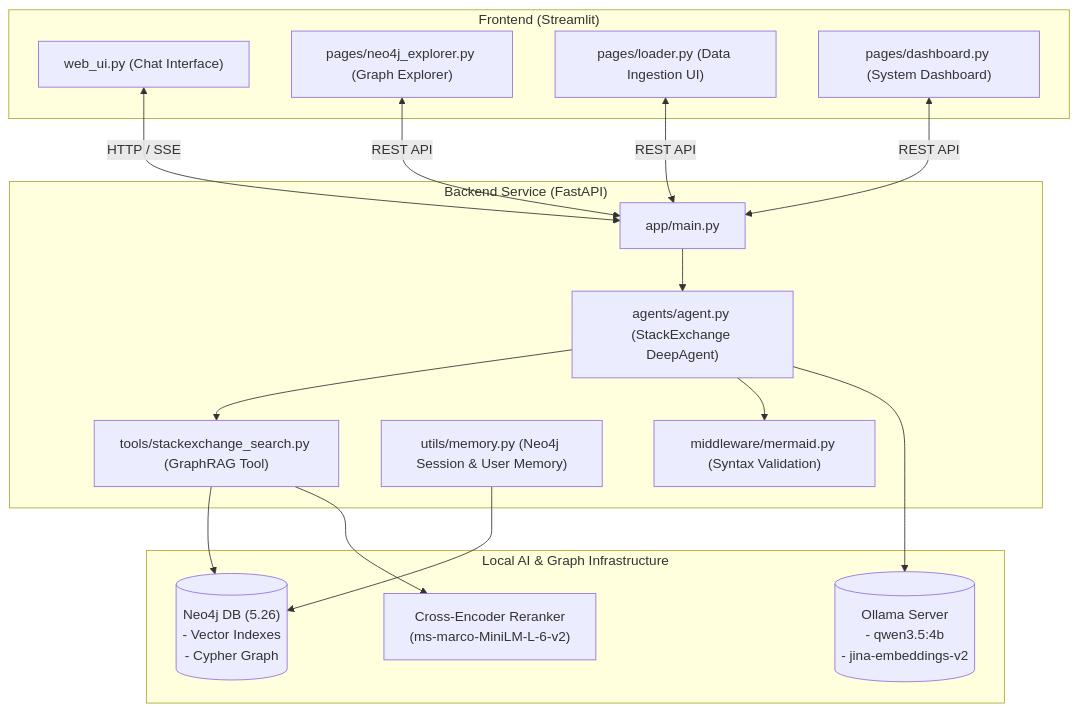
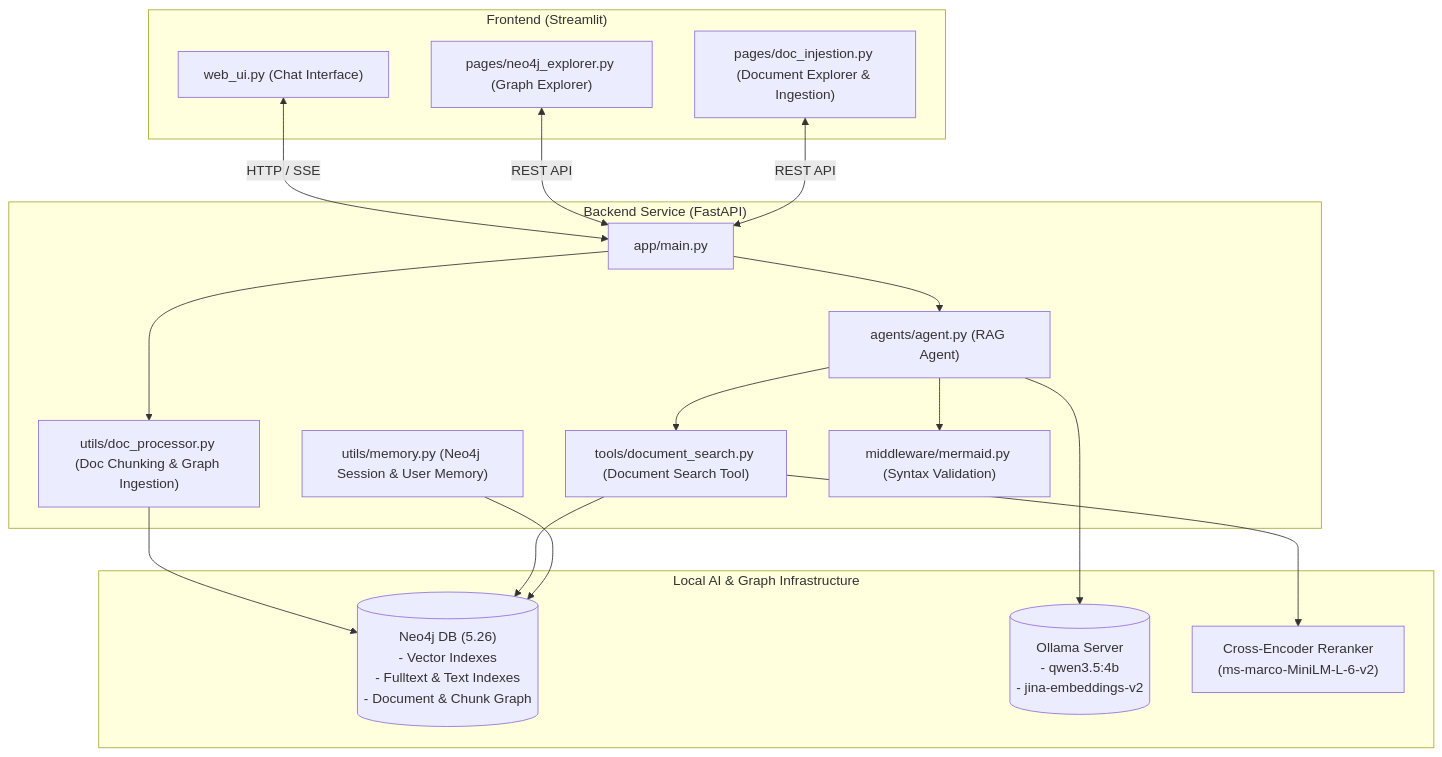
Before and after one commit to Lollimerd/Lolly-RAG: the diagram in README.md, drawn with Mermaid. The commit also changed other lines of this file and 12 other files, not shown here.

Commit message:
refactor: remove StackExchange ingestion and search features from the codebase

````diff
--- a/README.md
+++ b/README.md
@@ -9,36 +9,37 @@
 ```mermaid
 flowchart TD
     subgraph UI ["Frontend (Streamlit)"]
         WebUI["web_ui.py (Chat Interface)"]
         Explorer["pages/neo4j_explorer.py (Graph Explorer)"]
-        Loader["pages/loader.py (Data Ingestion UI)"]
-        Dashboard["pages/dashboard.py (System Dashboard)"]
+        DocIngestion["pages/doc_injestion.py (Document Explorer & Ingestion)"]
     end
 
     subgraph Backend ["Backend Service (FastAPI)"]
         API["app/main.py"]
-        Agent["agents/agent.py (StackExchange DeepAgent)"]
-        Tools["tools/stackexchange_search.py (GraphRAG Tool)"]
+        Agent["agents/agent.py (RAG Agent)"]
+        Tools["tools/document_search.py (Document Search Tool)"]
         Memory["utils/memory.py (Neo4j Session & User Memory)"]
+        DocProc["utils/doc_processor.py (Doc Chunking & Graph Ingestion)"]
         Middleware["middleware/mermaid.py (Syntax Validation)"]
     end
 
     subgraph Infrastructure ["Local AI & Graph Infrastructure"]
-        Neo4j[("Neo4j DB (5.26)\n- Vector Indexes\n- Cypher Graph")]
+        Neo4j[("Neo4j DB (5.26)\n- Vector Indexes\n- Fulltext & Text Indexes\n- Document & Chunk Graph")]
         Ollama[("Ollama Server\n- qwen3.5:4b\n- jina-embeddings-v2")]
         Reranker["Cross-Encoder Reranker\n(ms-marco-MiniLM-L-6-v2)"]
     end
 
     WebUI <-->|HTTP / SSE| API
     Explorer <-->|REST API| API
-    Loader <-->|REST API| API
-    Dashboard <-->|REST API| API
+    DocIngestion <-->|REST API| API
 
     API --> Agent
+    API --> DocProc
+    DocProc --> Neo4j
     Agent --> Tools
     Agent --> Middleware
     Tools --> Neo4j
     Tools --> Reranker
     Agent --> Ollama
     Memory --> Neo4j
 ```
````
